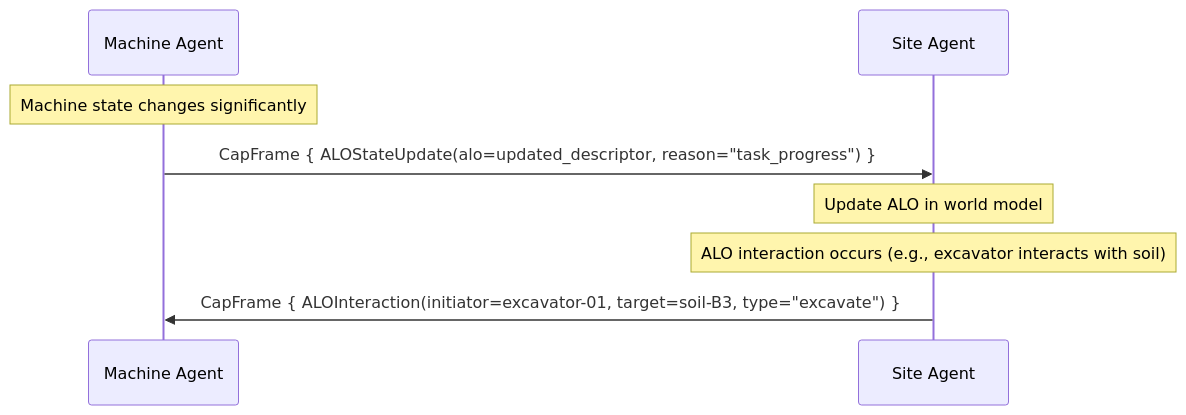
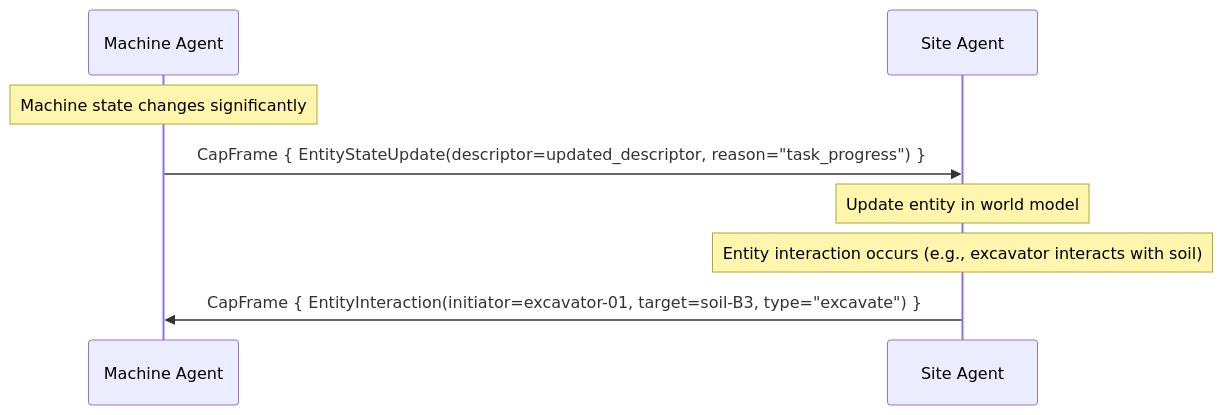
One commit to cooperative-agent-protocol/cap-spec changed the ninth of 12 diagrams in docs/specification/ch05-protocol-flows.md. Above: the diagram before and after it, drawn with Mermaid. The commit also changed other lines of this file and 30 other files, not shown here.

First line of the commit message:
refactor(spec)!: rename ALO -> EntityDescriptor across proto and docs

````diff
--- a/docs/specification/ch05-protocol-flows.md
+++ b/docs/specification/ch05-protocol-flows.md
@@ -219,12 +219,12 @@
 ```mermaid
 sequenceDiagram
     participant M as Machine Agent
     participant S as Site Agent
 
     Note over M: Machine state changes significantly
-    M->>S: CapFrame { ALOStateUpdate(alo=updated_descriptor, reason="task_progress") }
-    Note over S: Update ALO in world model
+    M->>S: CapFrame { EntityStateUpdate(descriptor=updated_descriptor, reason="task_progress") }
+    Note over S: Update entity in world model
 
-    Note over S: ALO interaction occurs (e.g., excavator interacts with soil)
-    S->>M: CapFrame { ALOInteraction(initiator=excavator-01, target=soil-B3, type="excavate") }
+    Note over S: Entity interaction occurs (e.g., excavator interacts with soil)
+    S->>M: CapFrame { EntityInteraction(initiator=excavator-01, target=soil-B3, type="excavate") }
 ```
````
